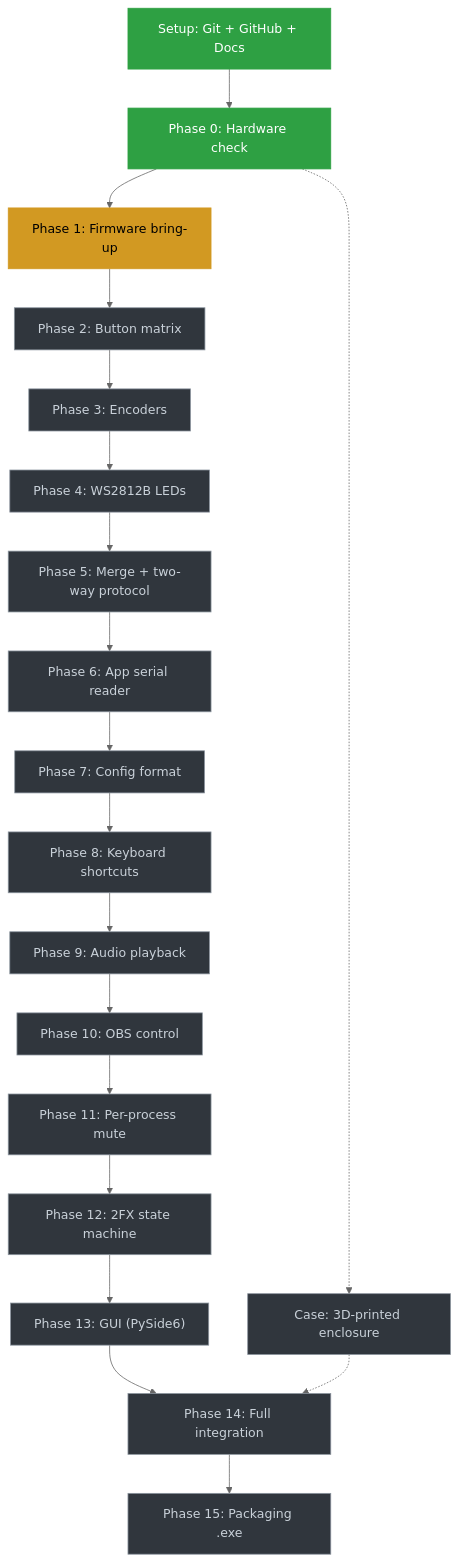
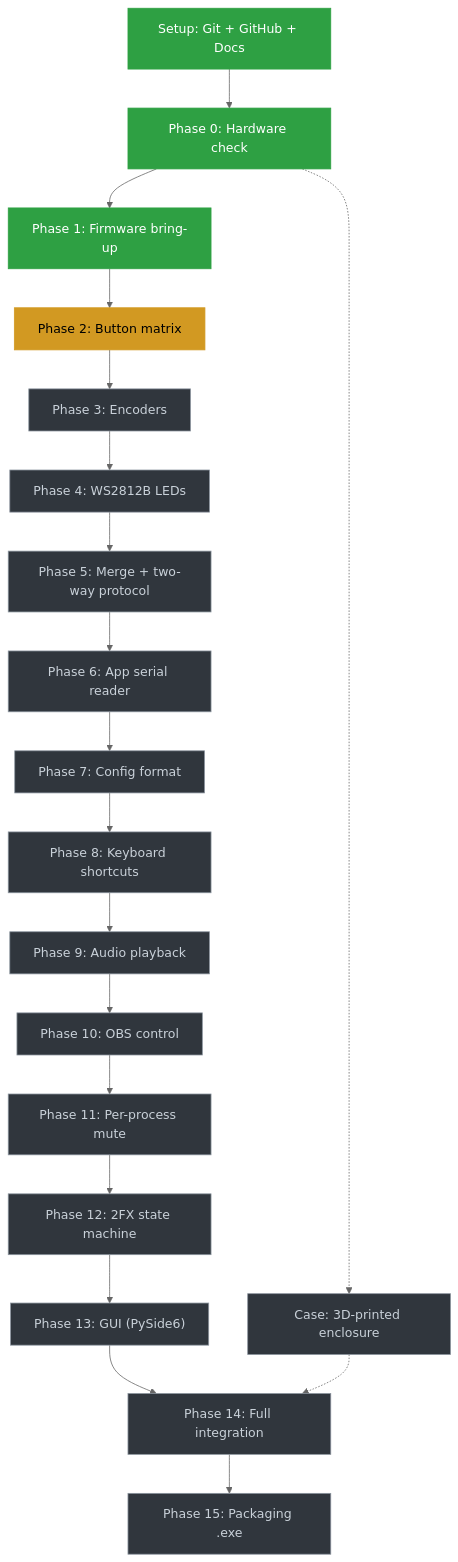
One commit to NeoCraftStudio/stream-deck-macro changed the diagram in README.md. Above: the diagram before and after it, drawn with Mermaid (neutral theme). The commit also changed 1 other file, not shown here.

Commit message:
atualization after Arduino Pro Micro first test with computer connection

````diff
--- a/README.md
+++ b/README.md
@@ -19,25 +19,25 @@
 ```mermaid
 flowchart TD
     S["Setup: Git + GitHub + Docs"]:::done --> P0["Phase 0: Hardware check"]:::done
-    P0 --> P1["Phase 1: Firmware bring-up"]:::current
-    P1 --> P2["Phase 2: Button matrix"]:::todo
+    P0 --> P1["Phase 1: Firmware bring-up"]:::done
+    P1 --> P2["Phase 2: Button matrix"]:::current
     P2 --> P3["Phase 3: Encoders"]:::todo
     P3 --> P4["Phase 4: WS2812B LEDs"]:::todo
     P4 --> P5["Phase 5: Merge + two-way protocol"]:::todo
     P5 --> P6["Phase 6: App serial reader"]:::todo
     P6 --> P7["Phase 7: Config format"]:::todo
     P7 --> P8["Phase 8: Keyboard shortcuts"]:::todo
     P8 --> P9["Phase 9: Audio playback"]:::todo
     P9 --> P10["Phase 10: OBS control"]:::todo
     P10 --> P11["Phase 11: Per-process mute"]:::todo
     P11 --> P12["Phase 12: 2FX state machine"]:::todo
     P12 --> P13["Phase 13: GUI (PySide6)"]:::todo
     P13 --> P14["Phase 14: Full integration"]:::todo
     P14 --> P15["Phase 15: Packaging .exe"]:::todo
     P0 -.-> C["Case: 3D-printed enclosure"]:::todo
     C -.-> P14
 
     classDef done fill:#2ea043,stroke:#2ea043,color:#fff
     classDef current fill:#d29922,stroke:#d29922,color:#000
     classDef todo fill:#30363d,stroke:#8b949e,color:#c9d1d9
 ```
````
